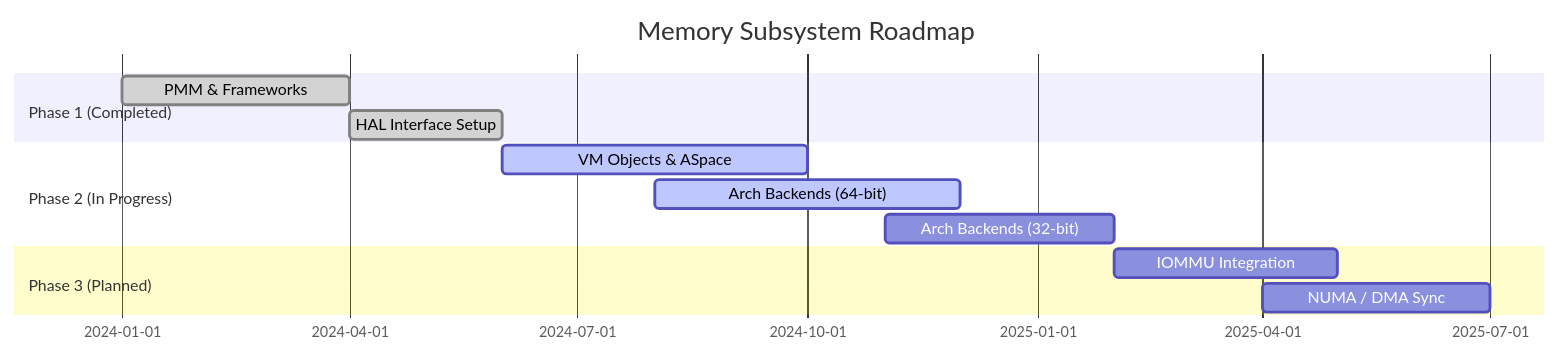
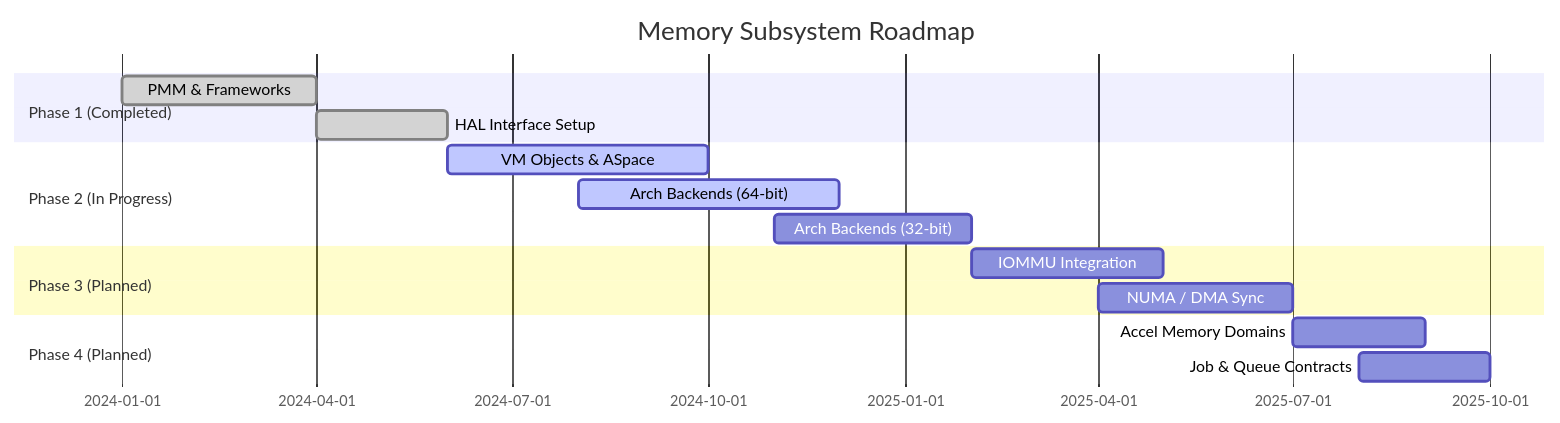
Before and after one commit to CloudCarpentry/Bharat-OS: the diagram in docs/architecture/memory/roadmap.md, drawn with Mermaid. The commit also changed other lines of this file and 4 other files, not shown here.

First line of the commit message:
docs(architecture): introduce heterogeneous compute architecture and accelerator memory domains

````diff
--- a/docs/architecture/memory/roadmap.md
+++ b/docs/architecture/memory/roadmap.md
@@ -36,15 +46,18 @@
 ```mermaid
 gantt
     title Memory Subsystem Roadmap
     dateFormat YYYY-MM-DD
     section Phase 1 (Completed)
     PMM & Frameworks      :done,    des1, 2024-01-01, 2024-04-01
     HAL Interface Setup   :done,    des2, 2024-04-01, 2024-06-01
     section Phase 2 (In Progress)
     VM Objects & ASpace   :active,  des3, 2024-06-01, 2024-10-01
     Arch Backends (64-bit):active,  des4, 2024-08-01, 2024-12-01
     Arch Backends (32-bit):         des5, 2024-11-01, 2025-02-01
     section Phase 3 (Planned)
     IOMMU Integration     :         des6, 2025-02-01, 2025-05-01
     NUMA / DMA Sync       :         des7, 2025-04-01, 2025-07-01
+    section Phase 4 (Planned)
+    Accel Memory Domains  :         des8, 2025-07-01, 2025-09-01
+    Job & Queue Contracts :         des9, 2025-08-01, 2025-10-01
 ```
````
